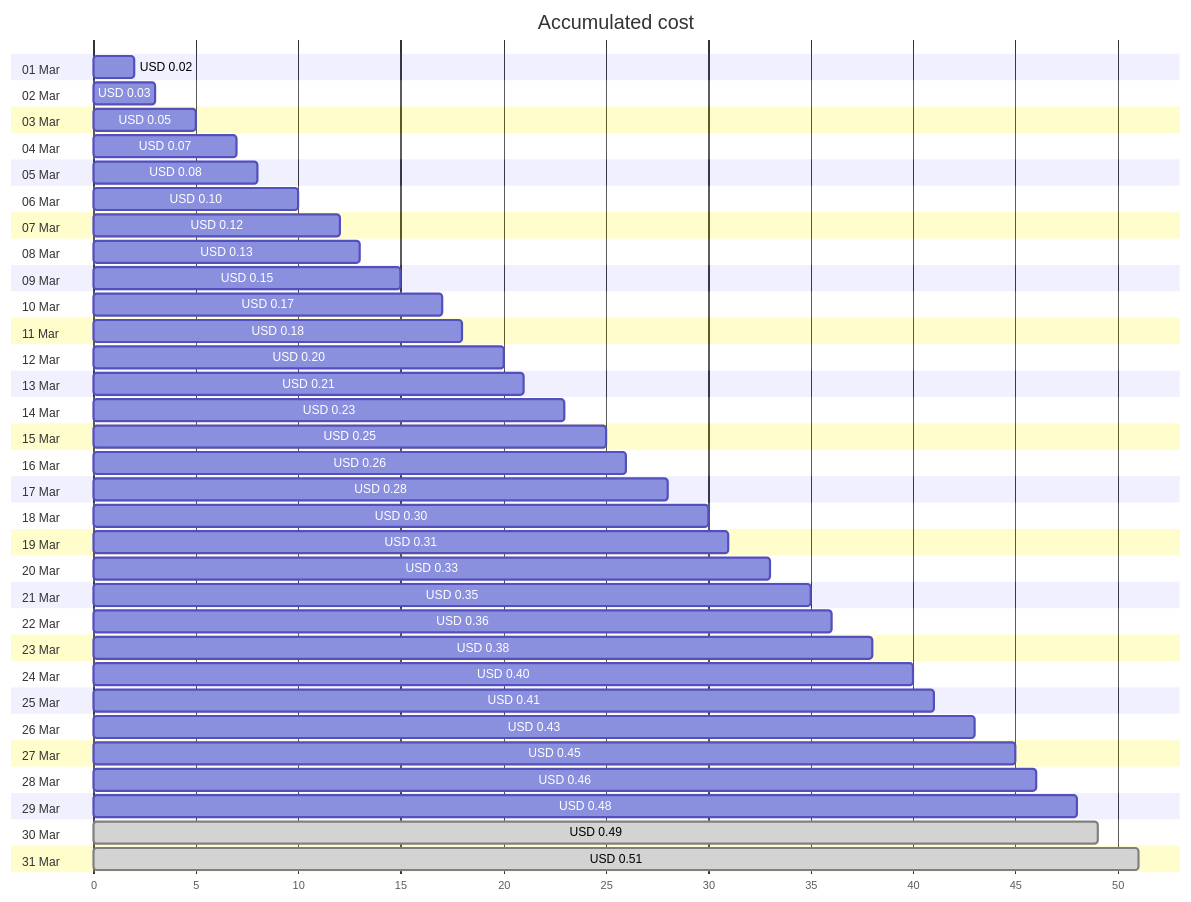
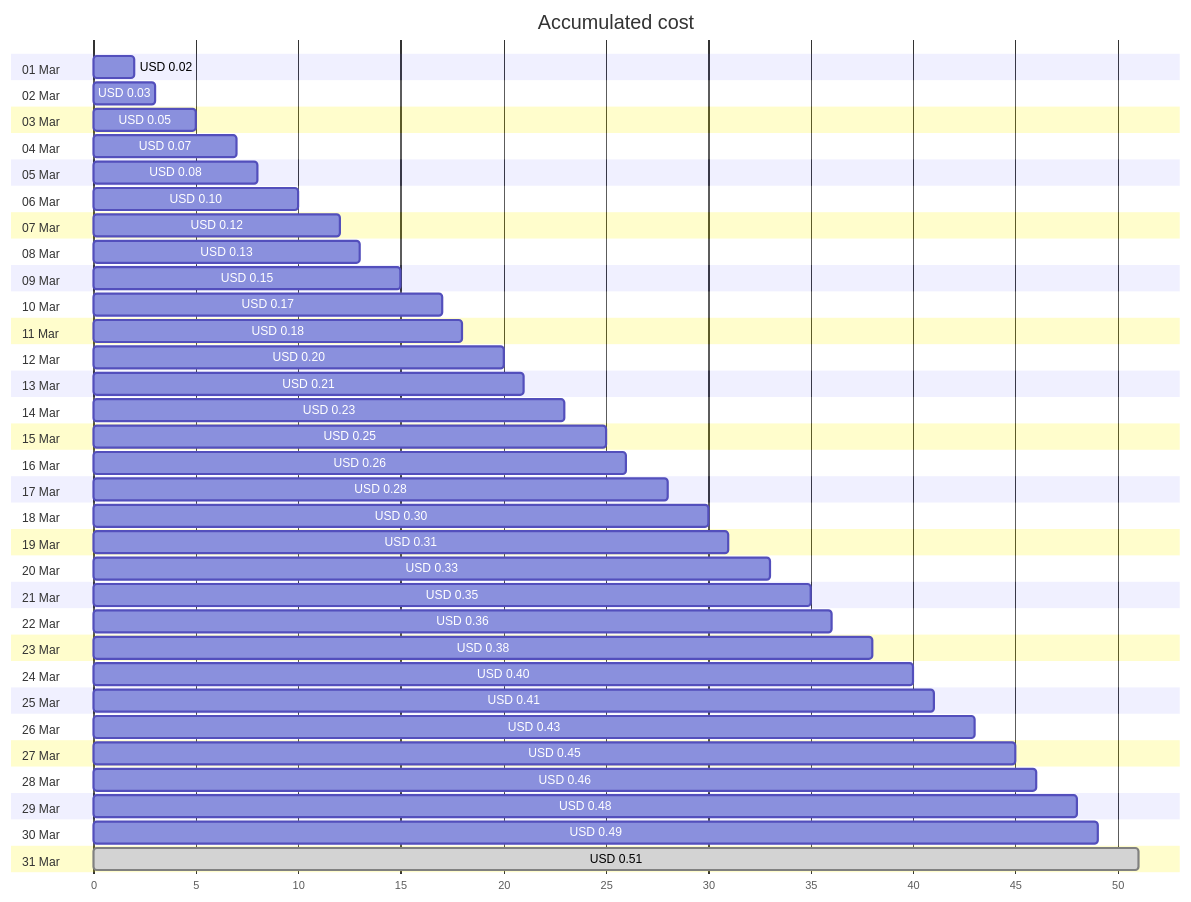
One commit to jpfulton/azure-personal-reports changed the first of 4 diagrams in cost-reports/personal-dns/jpatrickfulton.dev.md. Above: the diagram before and after it, drawn with Mermaid. The commit also changed other lines of this file and 2 other files, not shown here.

````diff
--- a/cost-reports/personal-dns/jpatrickfulton.dev.md
+++ b/cost-reports/personal-dns/jpatrickfulton.dev.md
@@ -20,68 +20,68 @@
 ```mermaid
 gantt
    title Accumulated cost
    dateFormat  X
    axisFormat %s
    section 01 Mar
    USD 0.02 :0, 2
    section 02 Mar
    USD 0.03 :0, 3
    section 03 Mar
    USD 0.05 :0, 5
    section 04 Mar
    USD 0.07 :0, 7
    section 05 Mar
    USD 0.08 :0, 8
    section 06 Mar
    USD 0.10 :0, 10
    section 07 Mar
    USD 0.12 :0, 12
    section 08 Mar
    USD 0.13 :0, 13
    section 09 Mar
    USD 0.15 :0, 15
    section 10 Mar
    USD 0.17 :0, 17
    section 11 Mar
    USD 0.18 :0, 18
    section 12 Mar
    USD 0.20 :0, 20
    section 13 Mar
    USD 0.21 :0, 21
    section 14 Mar
    USD 0.23 :0, 23
    section 15 Mar
    USD 0.25 :0, 25
    section 16 Mar
    USD 0.26 :0, 26
    section 17 Mar
    USD 0.28 :0, 28
    section 18 Mar
    USD 0.30 :0, 30
    section 19 Mar
    USD 0.31 :0, 31
    section 20 Mar
    USD 0.33 :0, 33
    section 21 Mar
    USD 0.35 :0, 35
    section 22 Mar
    USD 0.36 :0, 36
    section 23 Mar
    USD 0.38 :0, 38
    section 24 Mar
    USD 0.40 :0, 40
    section 25 Mar
    USD 0.41 :0, 41
    section 26 Mar
    USD 0.43 :0, 43
    section 27 Mar
    USD 0.45 :0, 45
    section 28 Mar
    USD 0.46 :0, 46
    section 29 Mar
    USD 0.48 :0, 48
    section 30 Mar
-   USD 0.49 : done, 0, 49
+   USD 0.49 :0, 49
    section 31 Mar
    USD 0.51 : done, 0, 51
 ```
````
